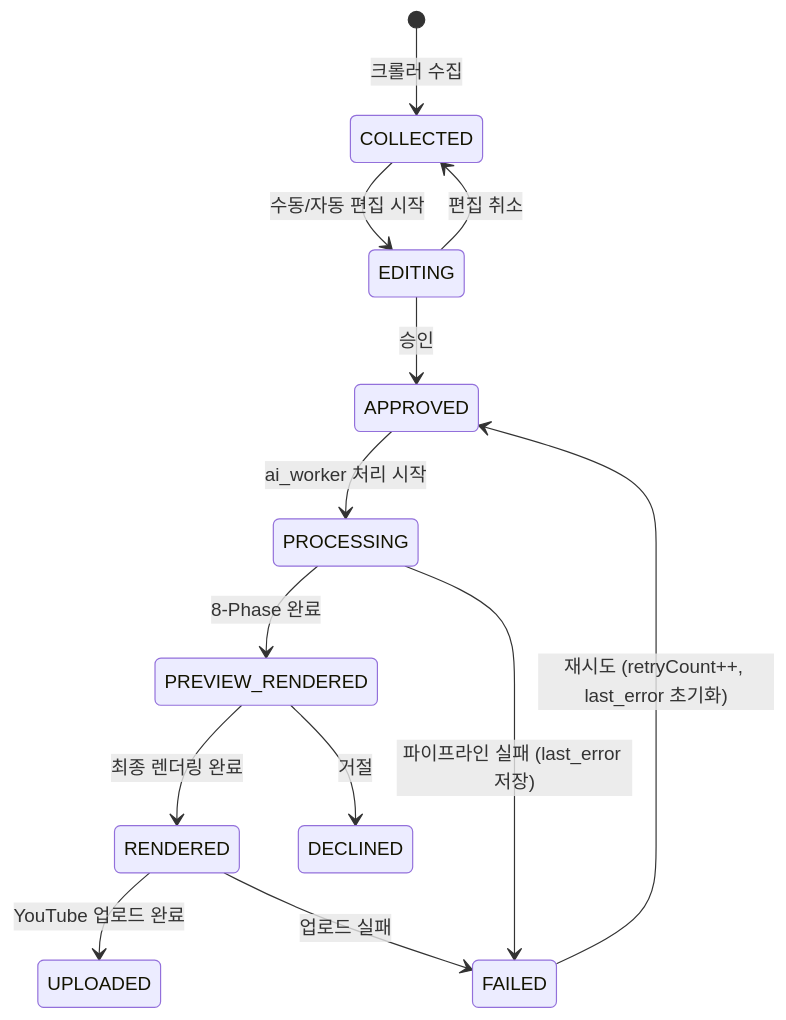
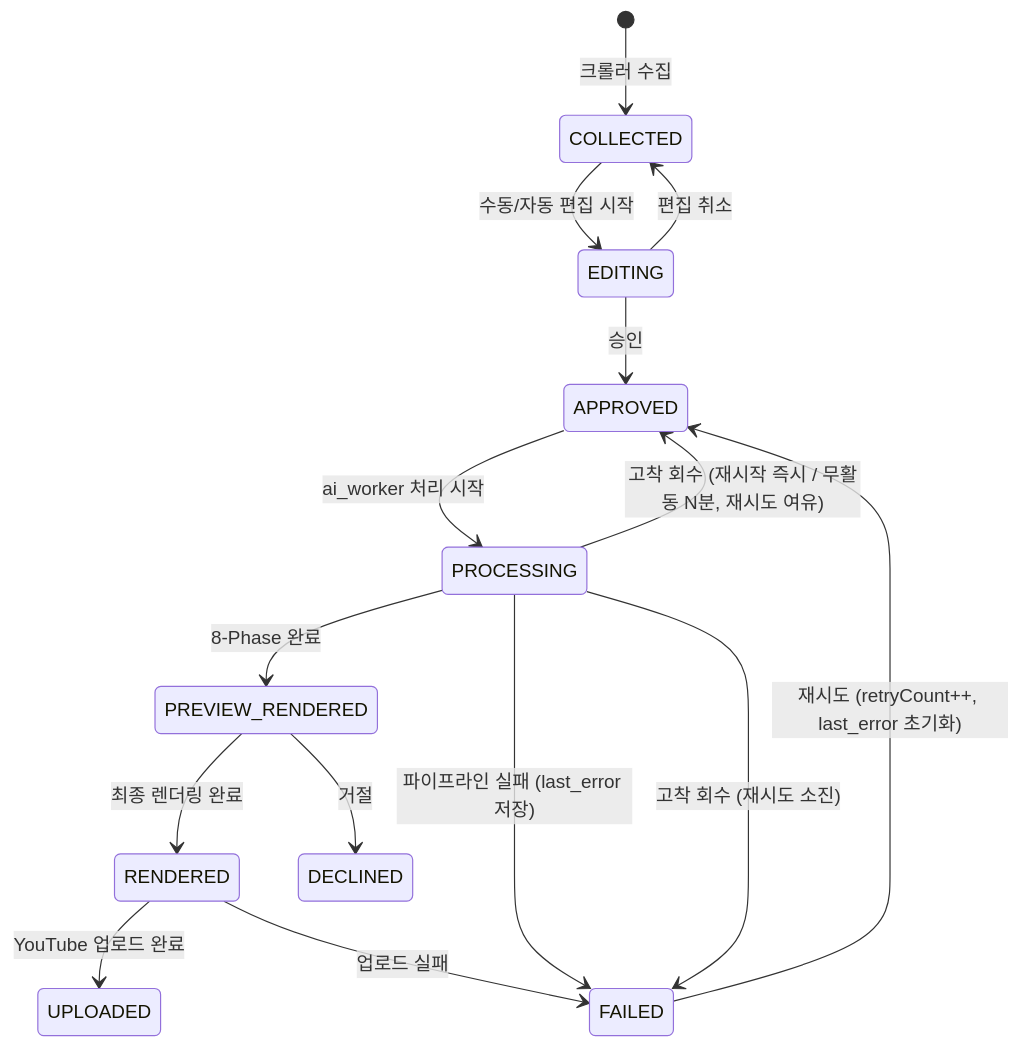
One commit to Justant-source/WaggleBot changed the diagram in docs/shared/60-runtime.md. Above: the diagram before and after it, drawn with Mermaid. The commit also changed other lines of this file and 22 other files, not shown here.

````diff
--- a/docs/shared/60-runtime.md
+++ b/docs/shared/60-runtime.md
@@ -11,15 +11,17 @@
 ```mermaid
 stateDiagram-v2
     [*] --> COLLECTED : 크롤러 수집
     COLLECTED --> EDITING : 수동/자동 편집 시작
     EDITING --> APPROVED : 승인
     EDITING --> COLLECTED : 편집 취소
     APPROVED --> PROCESSING : ai_worker 처리 시작
     PROCESSING --> PREVIEW_RENDERED : 8-Phase 완료
     PREVIEW_RENDERED --> RENDERED : 최종 렌더링 완료
     PREVIEW_RENDERED --> DECLINED : 거절
     RENDERED --> UPLOADED : YouTube 업로드 완료
     RENDERED --> FAILED : 업로드 실패
     PROCESSING --> FAILED : 파이프라인 실패 (last_error 저장)
+    PROCESSING --> APPROVED : 고착 회수 (재시작 즉시 / 무활동 N분, 재시도 여유)
+    PROCESSING --> FAILED : 고착 회수 (재시도 소진)
     FAILED --> APPROVED : 재시도 (retryCount++, last_error 초기화)
 ```
````
